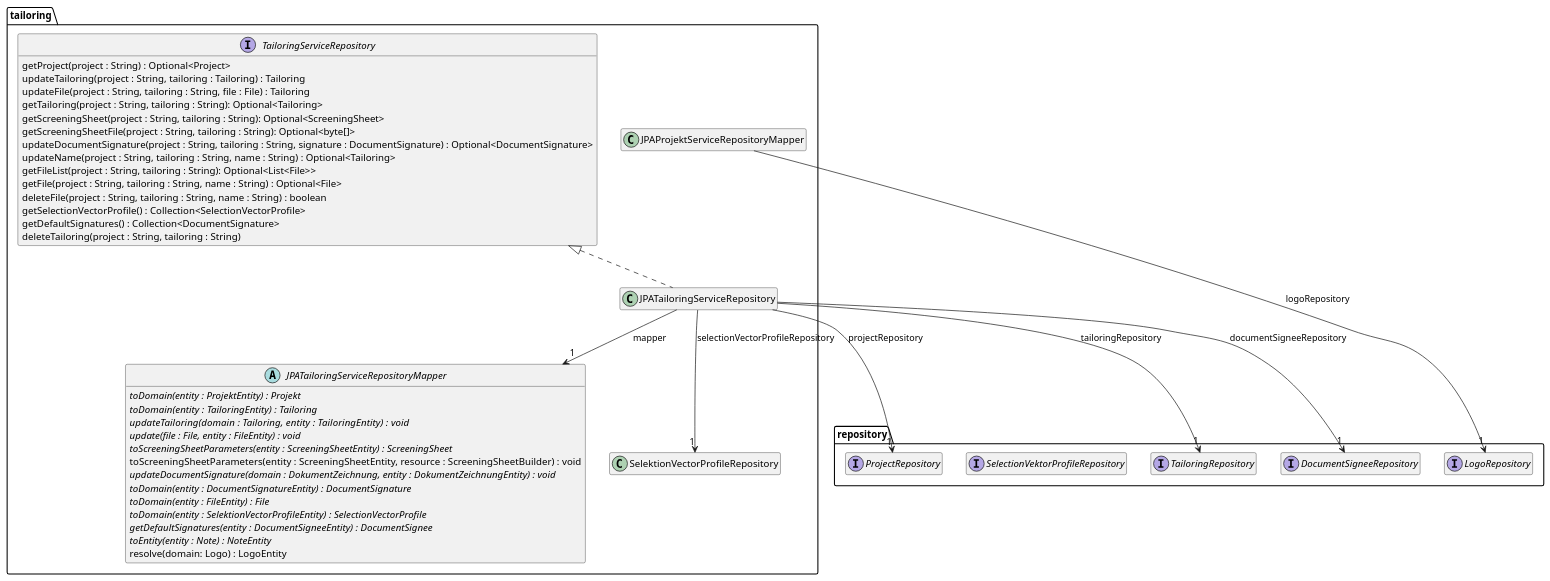
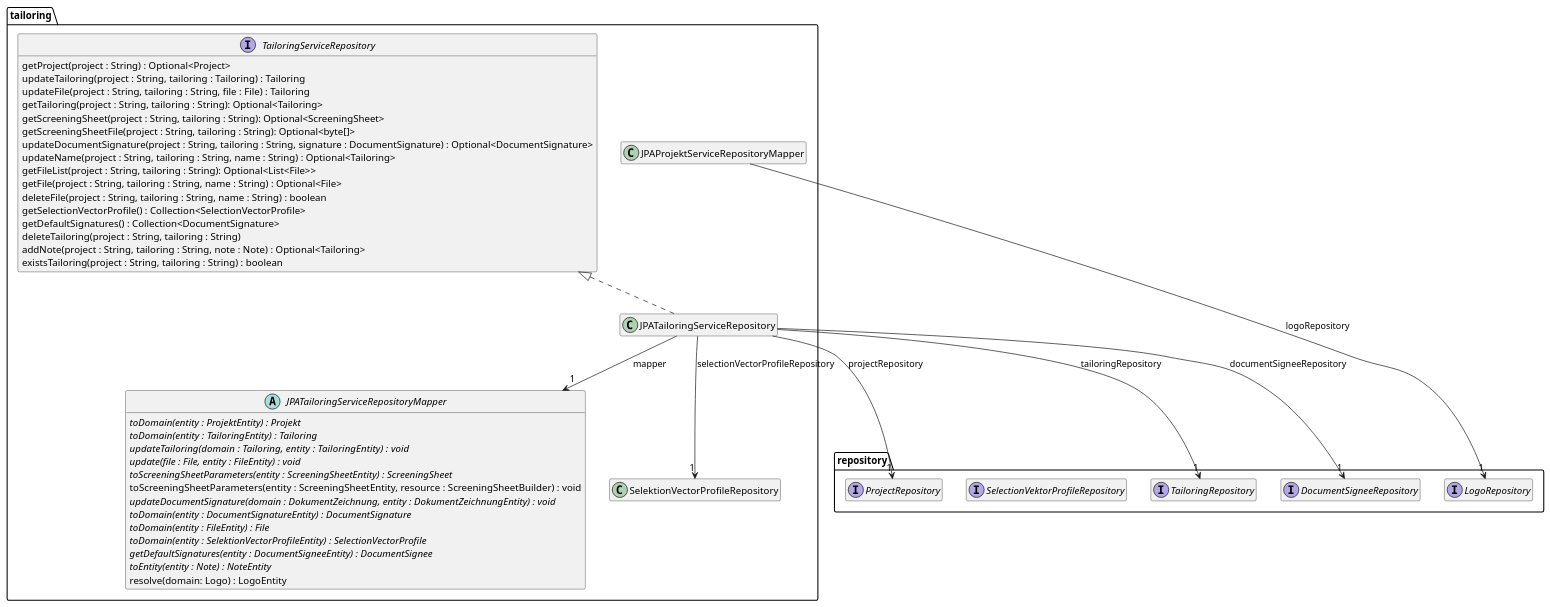
Before and after one commit to tailoringexpert/platform: the diagram in src/site/arc42/plantuml/data-jpa/tailoring/Ebene3.plantuml, drawn with PlantUML. The commit also changed 6 other files, not shown here.

```diff
--- a/src/site/arc42/plantuml/data-jpa/tailoring/Ebene3.plantuml
+++ b/src/site/arc42/plantuml/data-jpa/tailoring/Ebene3.plantuml
@@ -1,59 +1,60 @@
 @startuml Ebene3.png
 hide empty members
 
 package repository {
     interface LogoRepository
     interface ProjectRepository
     interface TailoringRepository
     interface SelectionVektorProfileRepository
     interface DocumentSigneeRepository
 }
 
 package tailoring {
 
     interface TailoringServiceRepository {
         getProject(project : String) : Optional<Project>
         updateTailoring(project : String, tailoring : Tailoring) : Tailoring
         updateFile(project : String, tailoring : String, file : File) : Tailoring
         getTailoring(project : String, tailoring : String): Optional<Tailoring>
         getScreeningSheet(project : String, tailoring : String): Optional<ScreeningSheet>
         getScreeningSheetFile(project : String, tailoring : String): Optional<byte[]>
         updateDocumentSignature(project : String, tailoring : String, signature : DocumentSignature) : Optional<DocumentSignature>
         updateName(project : String, tailoring : String, name : String) : Optional<Tailoring>
         getFileList(project : String, tailoring : String): Optional<List<File>>
         getFile(project : String, tailoring : String, name : String) : Optional<File>
         deleteFile(project : String, tailoring : String, name : String) : boolean
         getSelectionVectorProfile() : Collection<SelectionVectorProfile>
         getDefaultSignatures() : Collection<DocumentSignature>
         deleteTailoring(project : String, tailoring : String)
+        addNote(project : String, tailoring : String, note : Note) : Optional<Tailoring>
+        existsTailoring(project : String, tailoring : String) : boolean
     }
-
 
     abstract class JPATailoringServiceRepositoryMapper {
         {abstract} toDomain(entity : ProjektEntity) : Projekt
         {abstract} toDomain(entity : TailoringEntity) : Tailoring
         {abstract} updateTailoring(domain : Tailoring,  entity : TailoringEntity) : void
         {abstract} update(file : File, entity : FileEntity) : void
         {abstract} toScreeningSheetParameters(entity : ScreeningSheetEntity) : ScreeningSheet
         toScreeningSheetParameters(entity : ScreeningSheetEntity, resource : ScreeningSheetBuilder) : void
         {abstract} updateDocumentSignature(domain : DokumentZeichnung, entity : DokumentZeichnungEntity) : void
         {abstract} toDomain(entity : DocumentSignatureEntity) : DocumentSignature
         {abstract} toDomain(entity : FileEntity) : File
         {abstract} toDomain(entity : SelektionVectorProfileEntity) : SelectionVectorProfile
         {abstract} getDefaultSignatures(entity : DocumentSigneeEntity) : DocumentSignee
         {abstract} toEntity(entity : Note) : NoteEntity
         resolve(domain: Logo) : LogoEntity
     }
     JPAProjektServiceRepositoryMapper -->  "1" LogoRepository : logoRepository
 
     class JPATailoringServiceRepository {
     }
     TailoringServiceRepository <|.. JPATailoringServiceRepository
     JPATailoringServiceRepository --> "1" JPATailoringServiceRepositoryMapper : mapper
     JPATailoringServiceRepository --> "1" ProjectRepository : projectRepository
     JPATailoringServiceRepository --> "1" TailoringRepository : tailoringRepository
     JPATailoringServiceRepository --> "1" SelektionVectorProfileRepository : selectionVectorProfileRepository
     JPATailoringServiceRepository --> "1" DocumentSigneeRepository : documentSigneeRepository
 
 }
 @enduml
```
